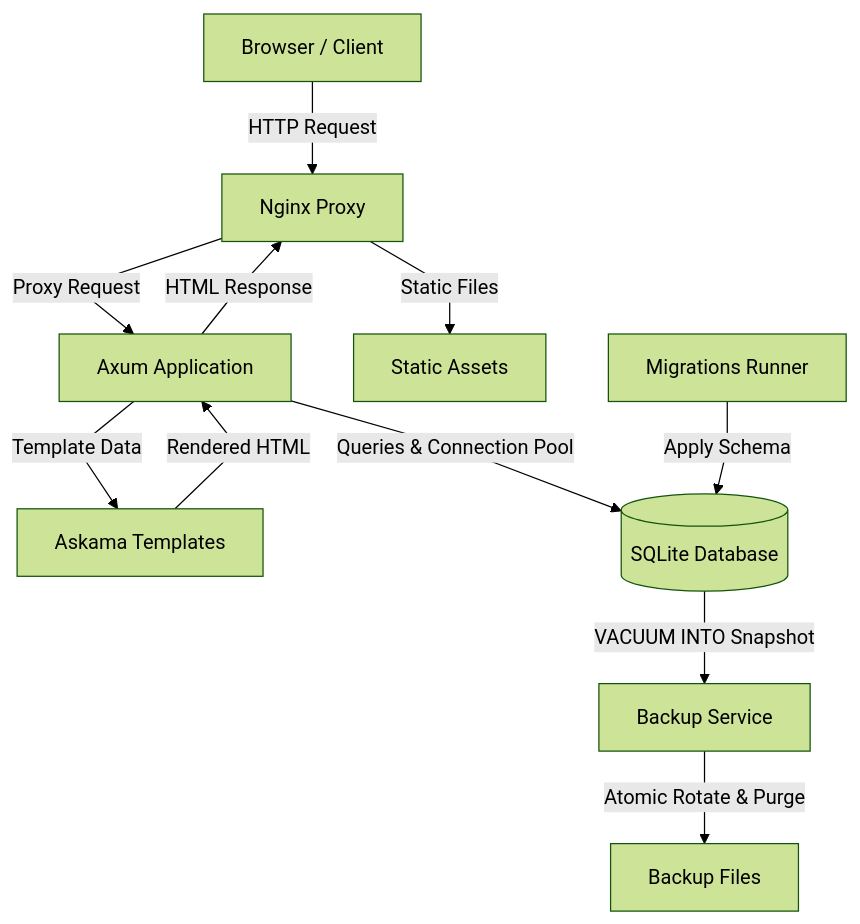
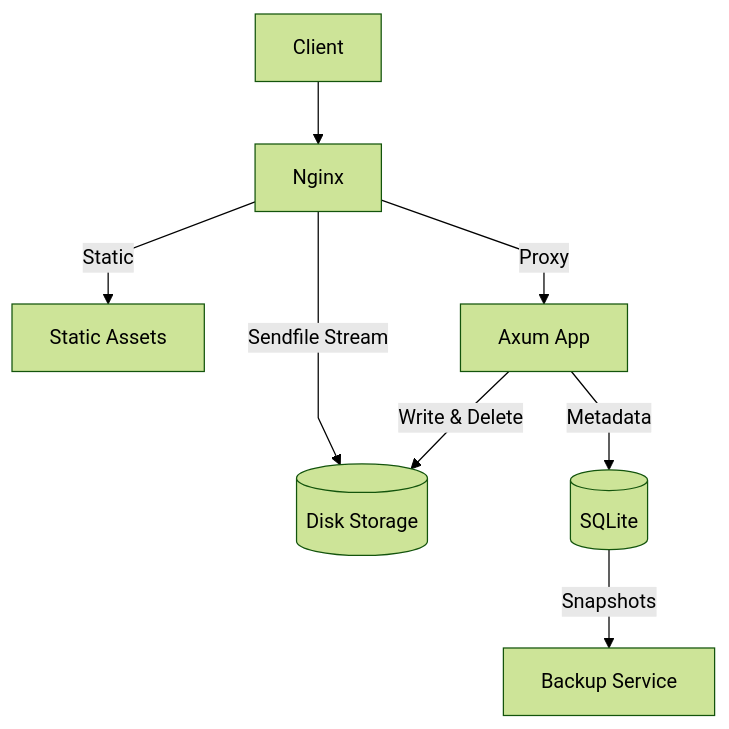
The diagram in README.md (justpranavrs/filebase), drawn with Mermaid (forest theme) before and after one commit. The commit also changed other lines of this file and 60 other files, not shown here.

````diff
--- a/README.md
+++ b/README.md
@@ -22,18 +38,18 @@
 ```mermaid
 ---
 config:
   flowchart:
     curve: linear
 ---
-flowchart TB
-    B[Browser / Client] -->|HTTP Request| N[Nginx Proxy]
-    N -->|Proxy Request| A[Axum Application]
-    N -->|Static Files| ST[Static Assets]
-    A -->|HTML Response| N
-    A -->|Template Data| T[Askama Templates]
-    T -->|Rendered HTML| A
-    A -->|Queries & Connection Pool| D[(SQLite Database)]
-    M[Migrations Runner] -->|Apply Schema| D
-    D -->|VACUUM INTO Snapshot| S[Backup Service]
-    S -->|Atomic Rotate & Purge| F[Backup Files]
+flowchart TD
+    Client[Client] --> Nginx[Nginx]
+
+    Nginx -->|Static| Static[Static Assets]
+    Nginx -->|Proxy| App[Axum App]
+    Nginx -->|Sendfile Stream| Storage[(Disk Storage)]
+
+    App -->|Metadata| DB[(SQLite)]
+    App -->|Write & Delete| Storage
+
+    DB -->|Snapshots| Backup[Backup Service]
 ```
````
